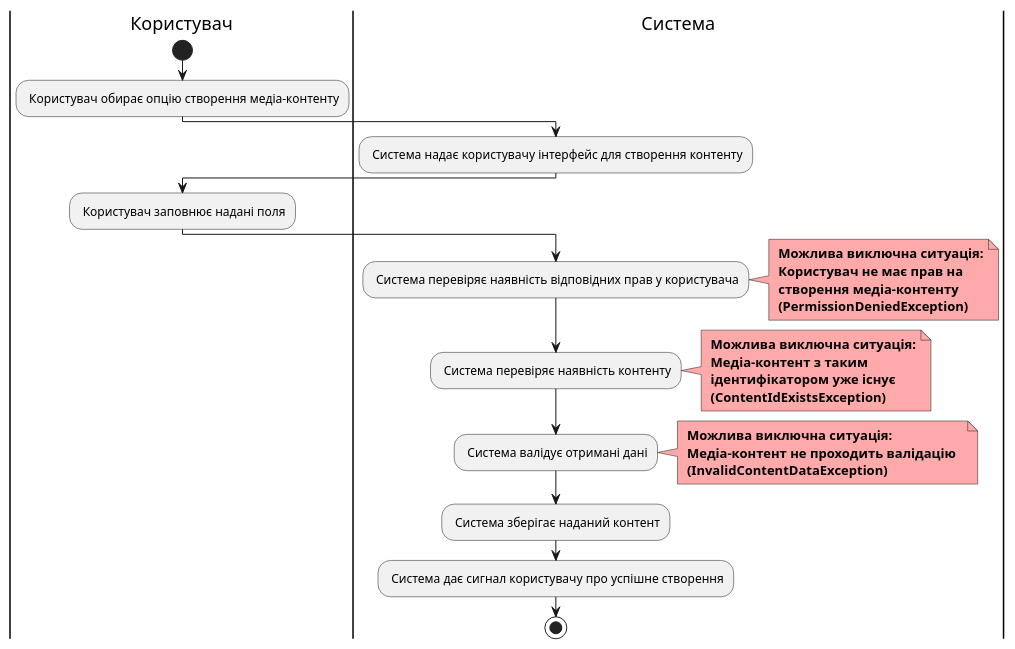
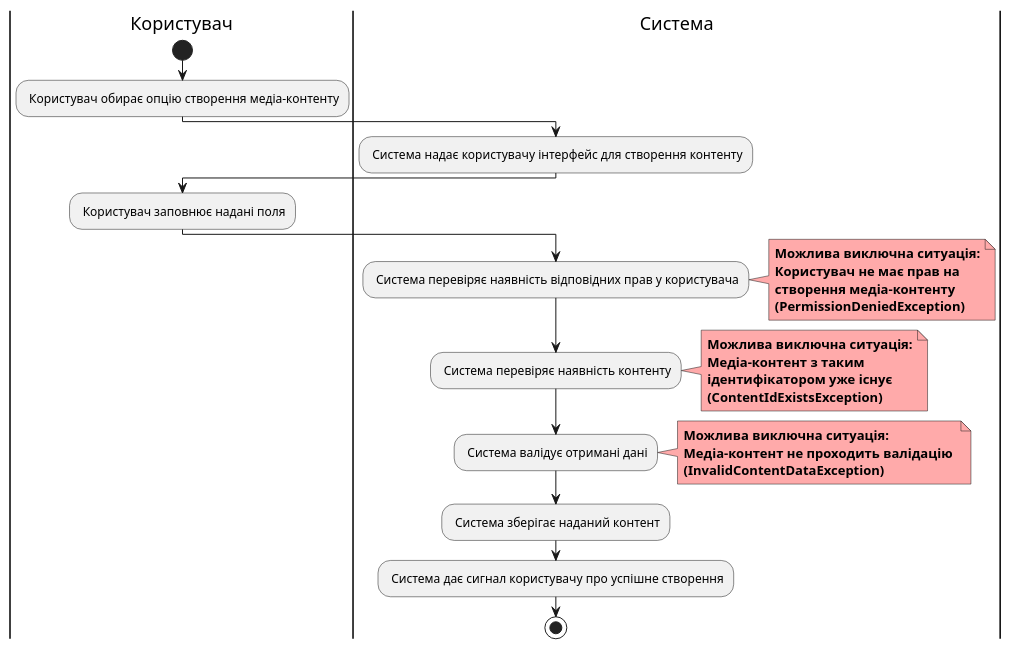
One commit to semenyaka08/media-content-api changed the ninth of 12 diagrams in docs/use cases/README.md. Above: the diagram before and after it, drawn with PlantUML. The commit also changed other lines of this file, not shown here.

```diff
--- a/docs/use cases/README.md
+++ b/docs/use cases/README.md
@@ -404,38 +406,38 @@
 @startuml
 
 |Користувач| 
 start
 : Користувач обирає опцію створення медіа-контенту;
 
 |Система|
 : Система надає користувачу інтерфейс для створення контенту;
 
 |Користувач| 
 : Користувач заповнює надані поля;
 
 |Система|
 : Система перевіряє наявність відповідних прав у користувача;
 note right #ffaaaa
-<b> Можлива виключна ситуація:
-<b> Користувач не має прав на 
-<b> створення медіа-контенту 
-<b> (PermissionDeniedException)
+    <b>Можлива виключна ситуація:</b>
+    <b>Користувач не має прав на</b>
+    <b>створення медіа-контенту</b>
+    <b>(PermissionDeniedException)</b>
 end note
 : Система перевіряє наявність контенту;
 note right #ffaaaa
-<b> Можлива виключна ситуація:
-<b> Медіа-контент з таким 
-<b> ідентифікатором уже існує
-<b> (ContentIdExistsException)
+    <b>Можлива виключна ситуація:</b>
+    <b>Медіа-контент з таким</b>
+    <b>ідентифікатором уже існує</b>
+    <b>(ContentIdExistsException)</b>
 end note
 : Система валідує отримані дані;
 note right #ffaaaa
-<b> Можлива виключна ситуація:
-<b> Медіа-контент не проходить валідацію  
-<b> (InvalidContentDataException)
+    <b>Можлива виключна ситуація:</b>
+    <b>Медіа-контент не проходить валідацію</b> 
+    <b>(InvalidContentDataException)</b>
 end note
 : Система зберігає наданий контент;
 : Система дає сигнал користувачу про успішне створення;
 stop
 
 @enduml
```
